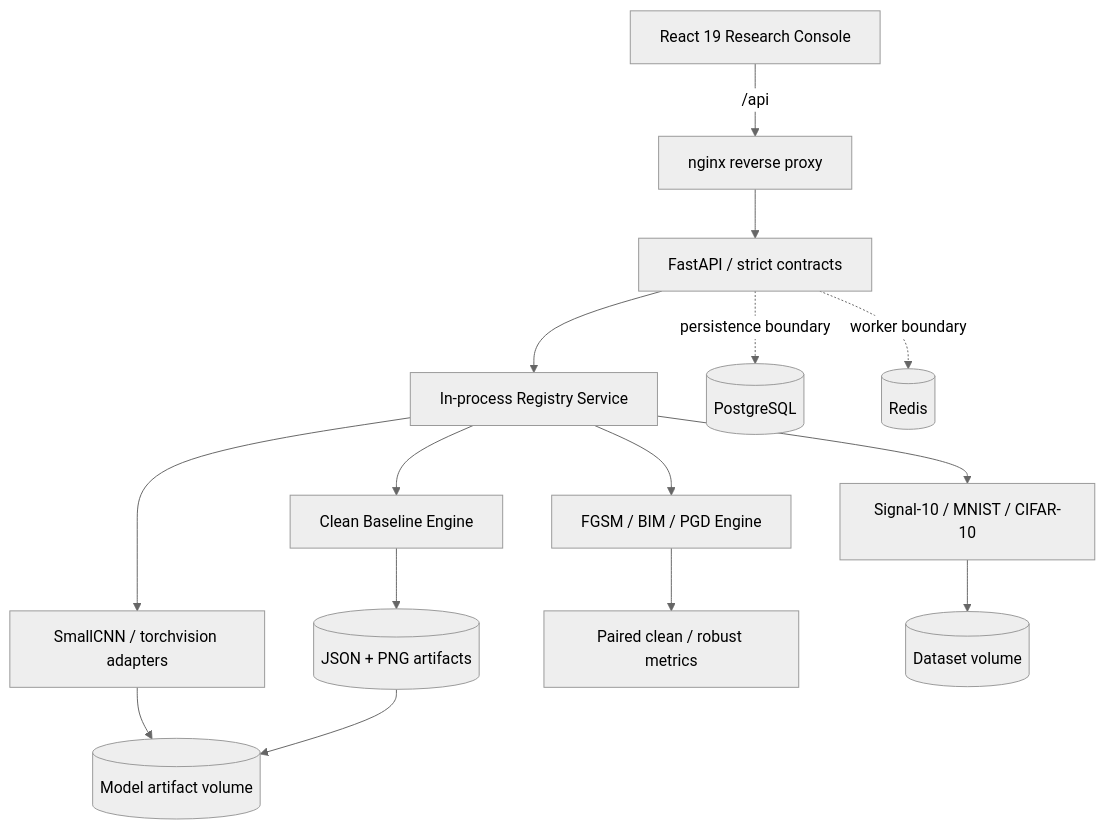
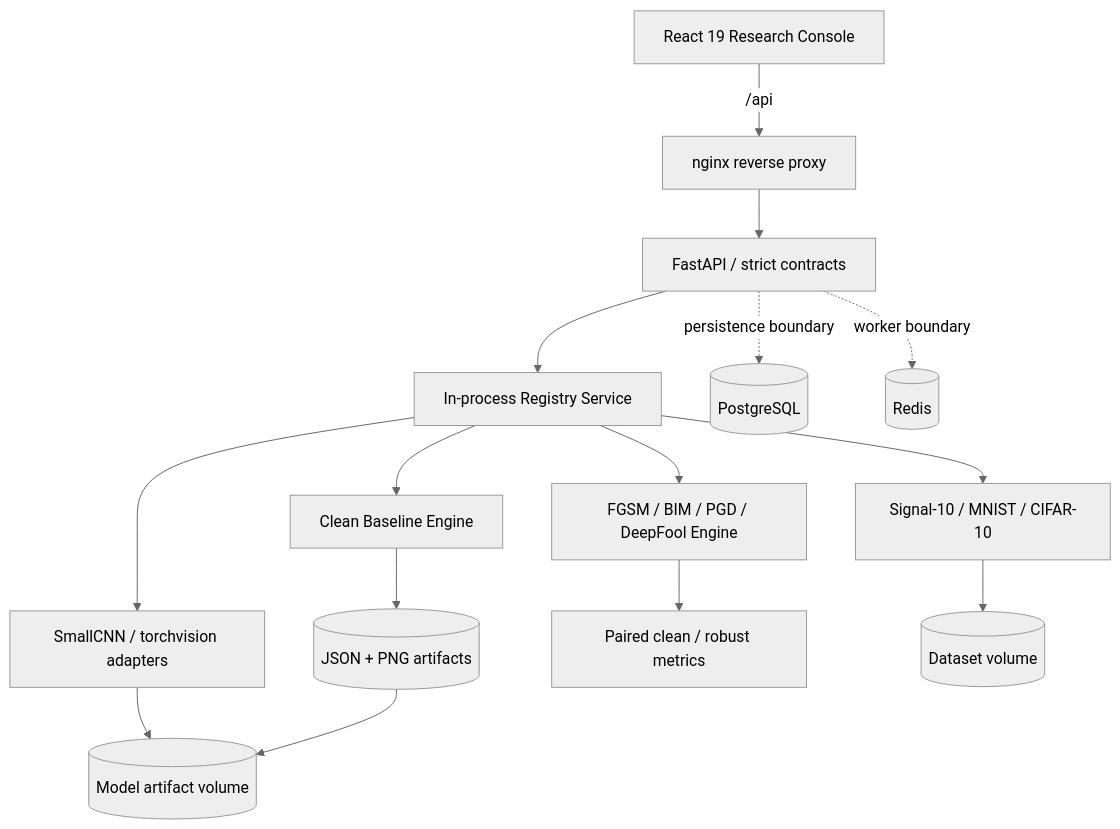
Before and after one commit to MintKangaroo/AIShield: the third of 3 diagrams in README.md, drawn with Mermaid (neutral theme). The commit also changed other lines of this file and 12 other files, not shown here.

Commit message:
feat: add bounded DeepFool evaluation

````diff
--- a/README.md
+++ b/README.md
@@ -305,21 +306,21 @@
 ```mermaid
 flowchart TB
     UI["React 19 Research Console"] -->|"/api"| NGINX["nginx reverse proxy"]
     NGINX --> API["FastAPI / strict contracts"]
 
     API --> REG["In-process Registry Service"]
     REG --> DATA["Signal-10 / MNIST / CIFAR-10"]
     REG --> MODEL["SmallCNN / torchvision adapters"]
     REG --> BASE["Clean Baseline Engine"]
-    REG --> ATTACK["FGSM / BIM / PGD Engine"]
+    REG --> ATTACK["FGSM / BIM / PGD / DeepFool Engine"]
 
     BASE --> EVIDENCE[("JSON + PNG artifacts")]
     ATTACK --> METRIC["Paired clean / robust metrics"]
 
     DATA --> DATA_VOL[("Dataset volume")]
     MODEL --> ART_VOL[("Model artifact volume")]
     EVIDENCE --> ART_VOL
 
     API -. "persistence boundary" .-> PG[("PostgreSQL")]
     API -. "worker boundary" .-> REDIS[("Redis")]
 ```
````
